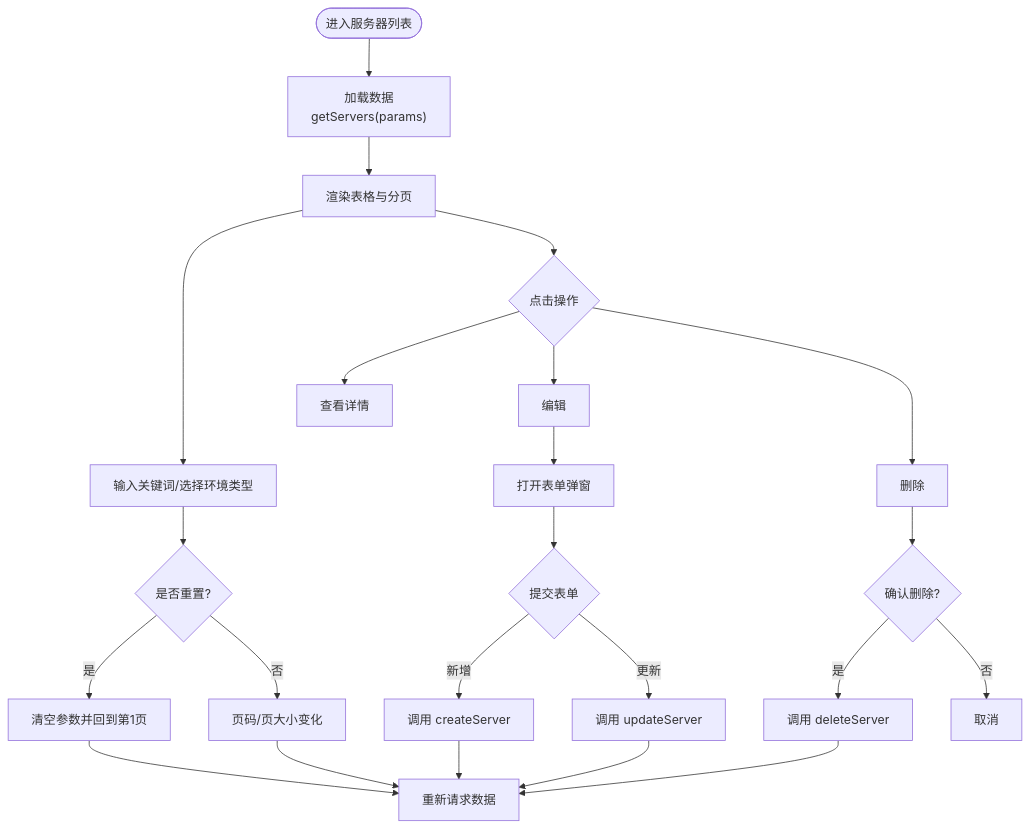
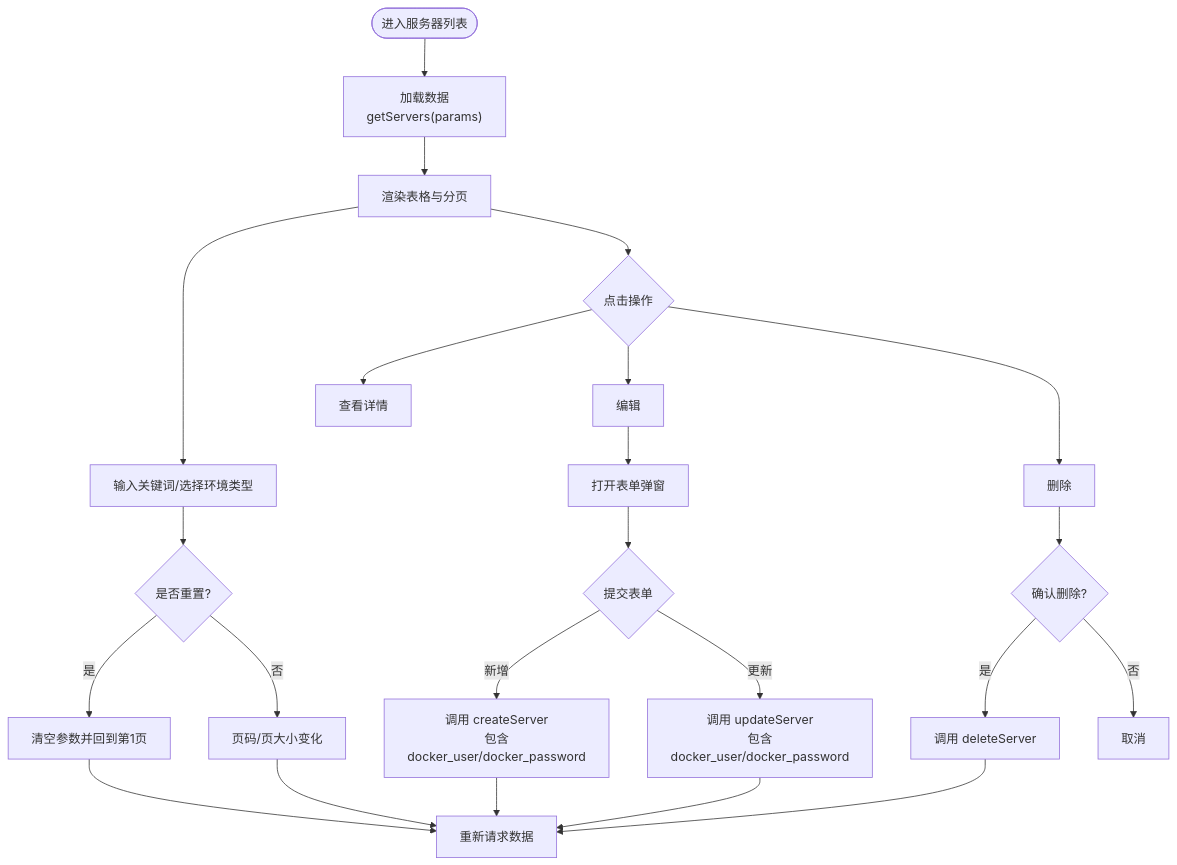
One commit to ismine3/OPS changed the third of 8 diagrams in .qoder/repowiki/zh/content/核心功能模块/服务器管理模块.md. Above: the diagram before and after it, drawn with Mermaid. The commit also changed other lines of this file and 17 other files, not shown here.

````diff
--- a/.qoder/repowiki/zh/content/核心功能模块/服务器管理模块.md
+++ b/.qoder/repowiki/zh/content/核心功能模块/服务器管理模块.md
@@ -138,25 +177,25 @@
 ```mermaid
 flowchart TD
 Start(["进入服务器列表"]) --> Load["加载数据<br/>getServers(params)"]
 Load --> Render["渲染表格与分页"]
 Render --> Search["输入关键词/选择环境类型"]
 Search --> Reset{"是否重置?"}
 Reset --> |是| Clear["清空参数并回到第1页"]
 Reset --> |否| PageChange["页码/页大小变化"]
 Clear --> Reload["重新请求数据"]
 PageChange --> Reload
 Render --> Action{"点击操作"}
 Action --> View["查看详情"]
 Action --> Edit["编辑"]
 Action --> Delete["删除"]
 Edit --> Dialog["打开表单弹窗"]
 Dialog --> Submit{"提交表单"}
-Submit --> |新增| Create["调用 createServer"]
-Submit --> |更新| Update["调用 updateServer"]
+Submit --> |新增| Create["调用 createServer<br/>包含docker_user/docker_password"]
+Submit --> |更新| Update["调用 updateServer<br/>包含docker_user/docker_password"]
 Delete --> Confirm{"确认删除?"}
 Confirm --> |是| Del["调用 deleteServer"]
 Confirm --> |否| Cancel["取消"]
 Create --> Reload
 Update --> Reload
 Del --> Reload
 ```
````
